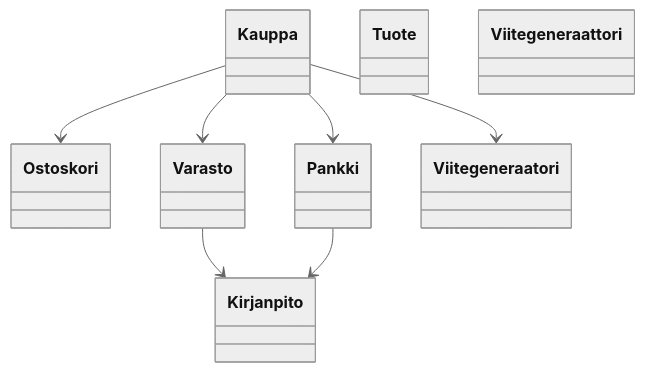
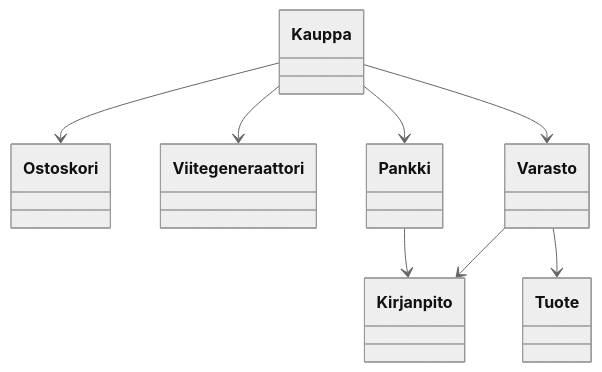
Before and after one commit to heidi-holappa/palautusrepositorio: the first of 2 diagrams in viikko2/verkkokauppa-1/class-diagrams.md, drawn with Mermaid (neutral theme). The commit also changed 2 other files, not shown here.

Commit message:
Finish task 10 for week 2

````diff
--- a/viikko2/verkkokauppa-1/class-diagrams.md
+++ b/viikko2/verkkokauppa-1/class-diagrams.md
@@ -3,16 +3,17 @@
 ```mermaid
 classDiagram
 class Kauppa
 class Kirjanpito
 class Ostoskori
 class Tuote
 class Pankki
 class Varasto
 class Viitegeneraattori
 Varasto --> Kirjanpito
 Pankki --> Kirjanpito
+Kauppa --> Ostoskori
+Kauppa --> Viitegeneraattori
 Kauppa --> Pankki
-Kauppa --> Viitegeneraatori
 Kauppa --> Varasto
-Kauppa --> Ostoskori
+Varasto --> Tuote
 ```
````
